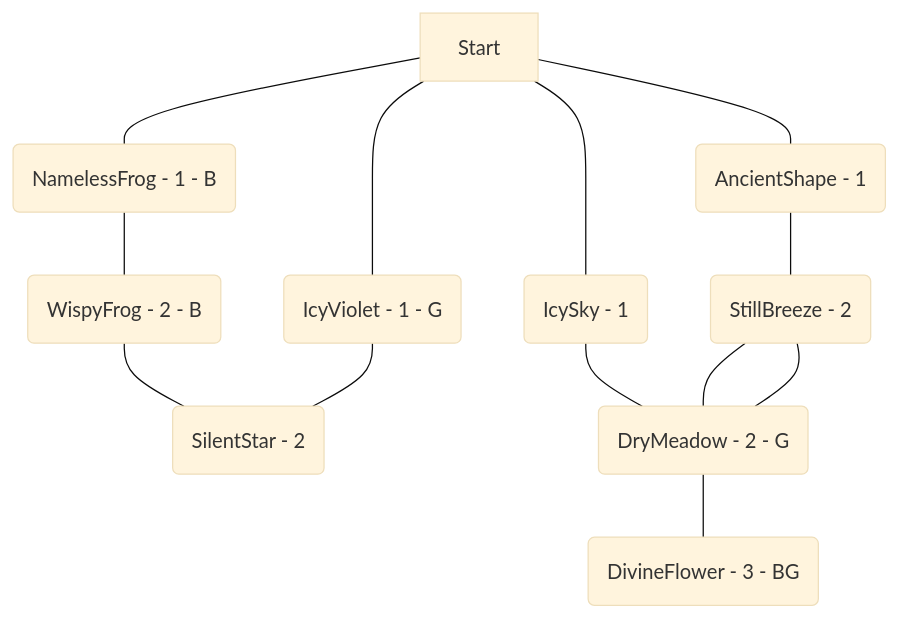
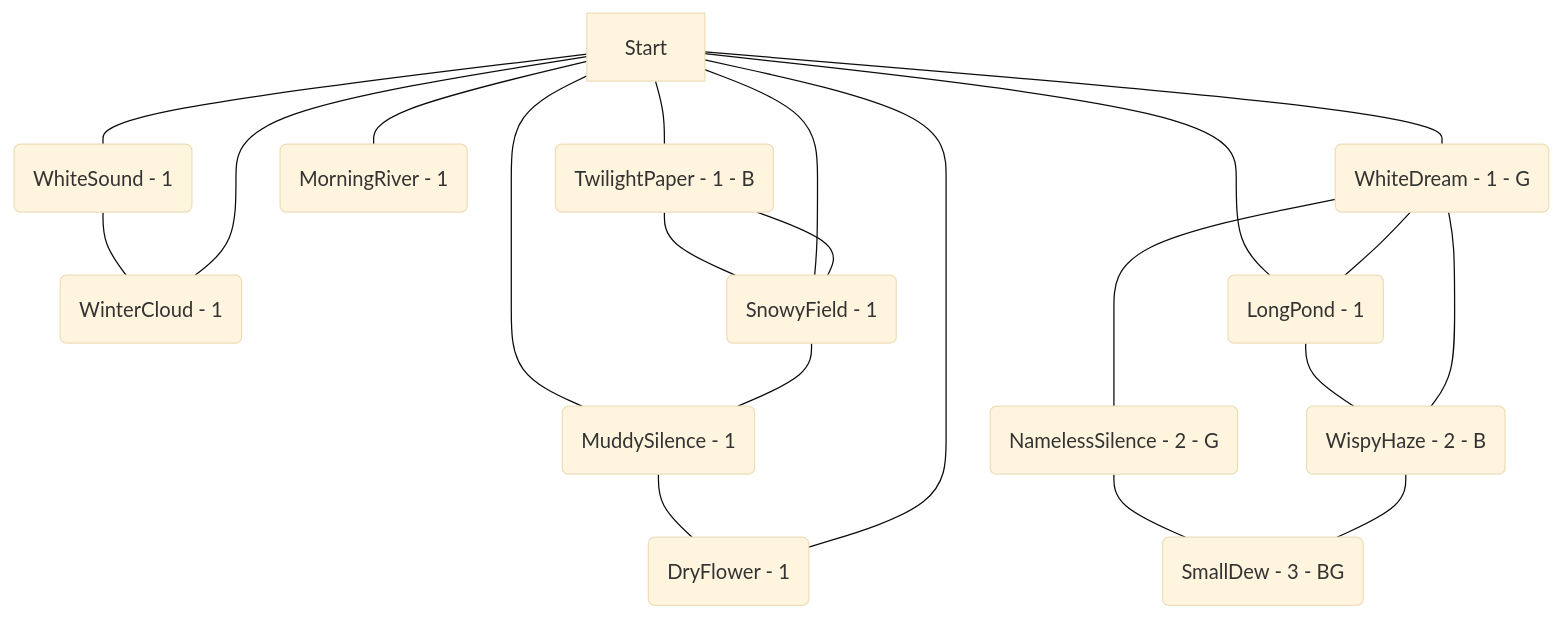
Before and after one commit to kinostl/Automatic-Liberation-Map: the diagram in examples/003.md, drawn with Mermaid (base theme). The commit also changed other lines of this file and 9 other files, not shown here.

````diff
--- a/examples/003.md
+++ b/examples/003.md
@@ -3,15 +4,23 @@
 ```mermaid  
 flowchart TD  
-	ojWSNhZb(AncientShape - 1) --- EGVMcgxA(StillBreeze - 2)  
-	Start --- ojWSNhZb(AncientShape - 1)  
-	Start --- wblIaEFj(IcySky - 1)  
-	qmTJvbuW(WispyFrog - 2 - B) --- zQBIkTFP(SilentStar - 2)  
-	Start --- nfNElbkR(NamelessFrog - 1 - B)  
-	XQHzompA(IcyViolet - 1 - G) --- zQBIkTFP(SilentStar - 2)  
-	wblIaEFj(IcySky - 1) --- BOiAsXjZ(DryMeadow - 2 - G)  
-	BOiAsXjZ(DryMeadow - 2 - G) --- EGVMcgxA(StillBreeze - 2)  
-	nfNElbkR(NamelessFrog - 1 - B) --- qmTJvbuW(WispyFrog - 2 - B)  
-	EGVMcgxA(StillBreeze - 2) --- BOiAsXjZ(DryMeadow - 2 - G)  
-	BOiAsXjZ(DryMeadow - 2 - G) --- HNhleJKC(DivineFlower - 3 - BG)  
-	Start --- XQHzompA(IcyViolet - 1 - G)  
+	Start --- gNlboLhZ(TwilightPaper - 1 - B)  
+	UmuwleJx(WhiteSound - 1) --- nELbOcfx(WinterCloud - 1)  
+	Start --- kJWqXavU(LongPond - 1)  
+	Start --- nELbOcfx(WinterCloud - 1)  
+	Start --- UmuwleJx(WhiteSound - 1)  
+	Start --- NMgpRVvd(MorningRiver - 1)  
+	UBHWXSEJ(WhiteDream - 1 - G) --- kJWqXavU(LongPond - 1)  
+	kIJvFzxy(MuddySilence - 1) --- vuIdnKLR(DryFlower - 1)  
+	YSDiwPuc(SnowyField - 1) --- gNlboLhZ(TwilightPaper - 1 - B)  
+	Start --- vuIdnKLR(DryFlower - 1)  
+	UBHWXSEJ(WhiteDream - 1 - G) --- nlyOHeAz(NamelessSilence - 2 - G)  
+	Start --- UBHWXSEJ(WhiteDream - 1 - G)  
+	gNlboLhZ(TwilightPaper - 1 - B) --- YSDiwPuc(SnowyField - 1)  
+	nlyOHeAz(NamelessSilence - 2 - G) --- RnbLfVpT(SmallDew - 3 - BG)  
+	Start --- kIJvFzxy(MuddySilence - 1)  
+	Start --- YSDiwPuc(SnowyField - 1)  
+	kJWqXavU(LongPond - 1) --- rqYdsgnz(WispyHaze - 2 - B)  
+	YSDiwPuc(SnowyField - 1) --- kIJvFzxy(MuddySilence - 1)  
+	UBHWXSEJ(WhiteDream - 1 - G) --- rqYdsgnz(WispyHaze - 2 - B)  
+	rqYdsgnz(WispyHaze - 2 - B) --- RnbLfVpT(SmallDew - 3 - BG)  
 ```  
````
